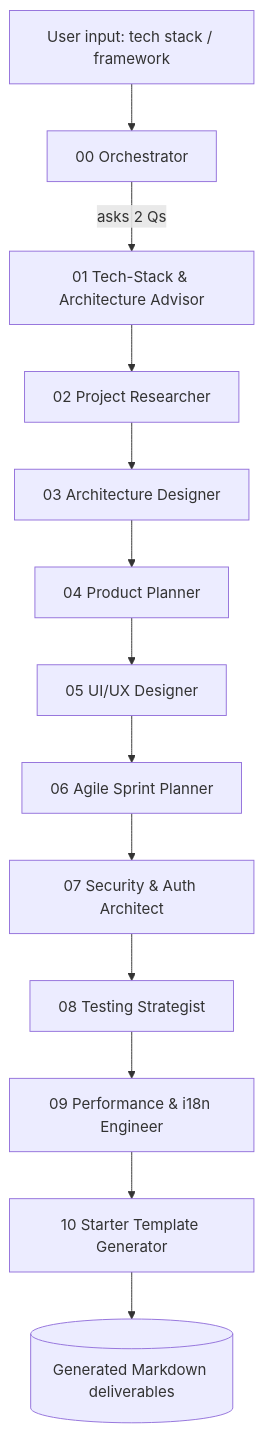
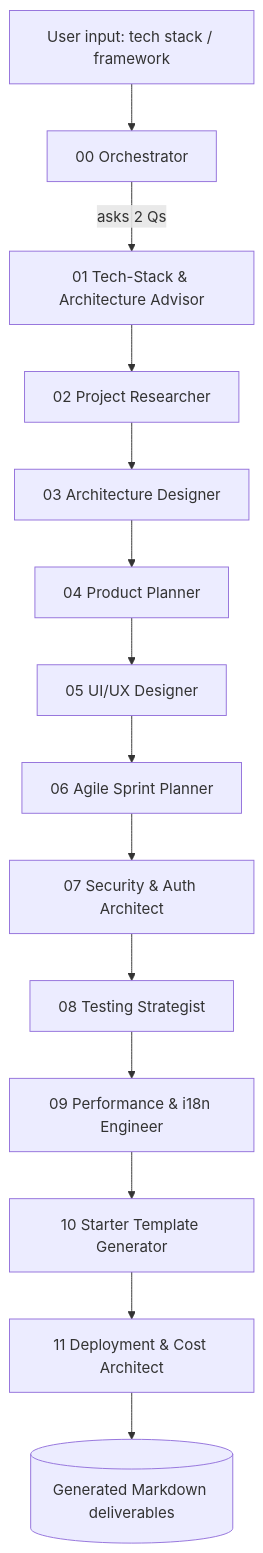
One commit to RajkishoreJena30/StudyNote changed the diagram in AI/FrontendForge/README.md. Above: the diagram before and after it, drawn with Mermaid. The commit also changed other lines of this file and 13 other files, not shown here.

````diff
--- a/AI/FrontendForge/README.md
+++ b/AI/FrontendForge/README.md
@@ -93,15 +94,16 @@
 ```mermaid
 flowchart TD
     Input[User input: tech stack / framework] --> Orch[00 Orchestrator]
     Orch -->|asks 2 Qs| A1[01 Tech-Stack & Architecture Advisor]
     A1 --> A2[02 Project Researcher]
     A2 --> A3[03 Architecture Designer]
     A3 --> A4[04 Product Planner]
     A4 --> A5[05 UI/UX Designer]
     A5 --> A6[06 Agile Sprint Planner]
     A6 --> A7[07 Security & Auth Architect]
     A7 --> A8[08 Testing Strategist]
     A8 --> A9[09 Performance & i18n Engineer]
     A9 --> A10[10 Starter Template Generator]
-    A10 --> Out[(Generated Markdown deliverables)]
+    A10 --> A11[11 Deployment & Cost Architect]
+    A11 --> Out[(Generated Markdown deliverables)]
 ```
````
